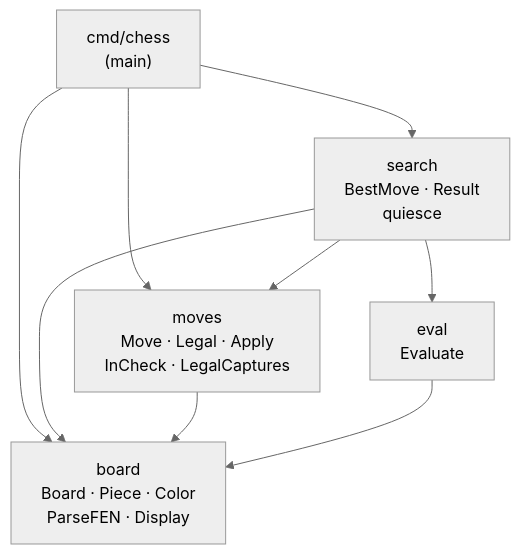
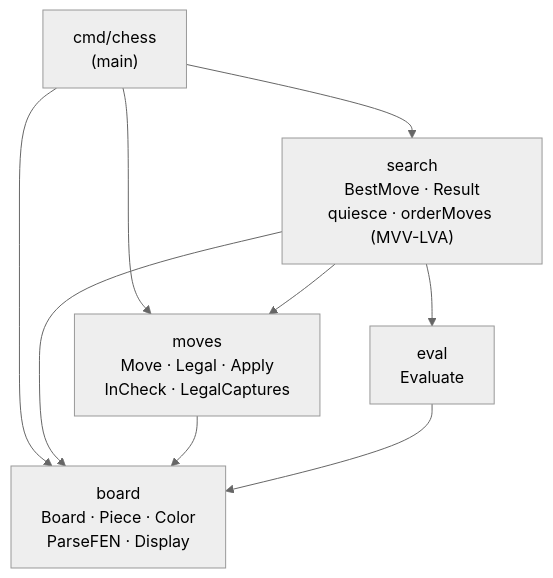
Before and after one commit to ofer987/go-chess: the first of 2 diagrams in ARCHITECTURE.md, drawn with Mermaid (neutral theme). The commit also changed other lines of this file and 2 other files, not shown here.

Commit message:
chore(evaluation): implement MVV-LVA

````diff
--- a/ARCHITECTURE.md
+++ b/ARCHITECTURE.md
@@ -5,17 +5,17 @@
 ```mermaid
 graph TD
     cmd["cmd/chess\n(main)"]
     board["board\nBoard · Piece · Color\nParseFEN · Display"]
     moves["moves\nMove · Legal · Apply\nInCheck · LegalCaptures"]
     eval["eval\nEvaluate"]
-    search["search\nBestMove · Result\nquiesce"]
+    search["search\nBestMove · Result\nquiesce · orderMoves (MVV-LVA)"]
 
     cmd --> board
     cmd --> moves
     cmd --> search
     search --> board
     search --> moves
     search --> eval
     moves --> board
     eval --> board
 ```
````
